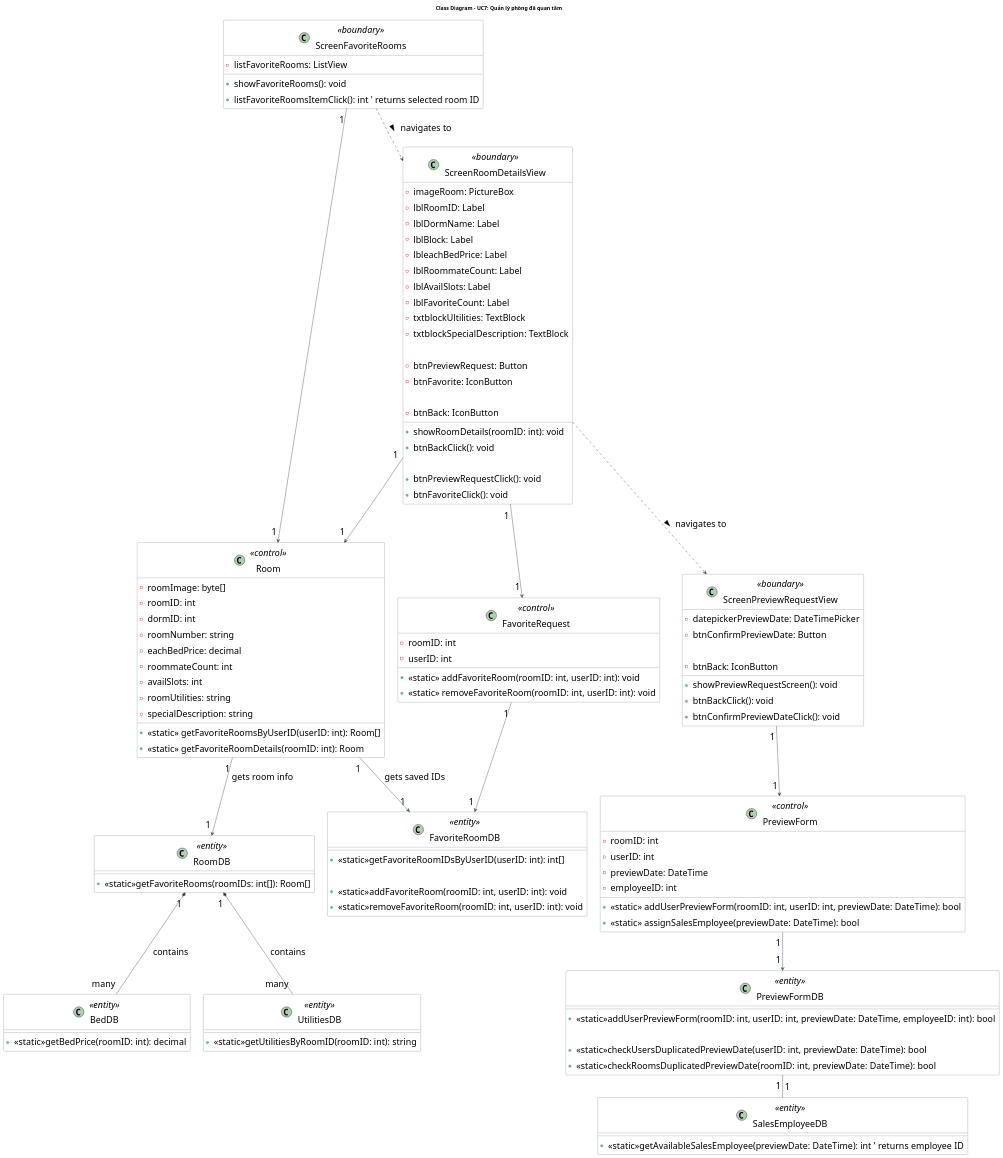
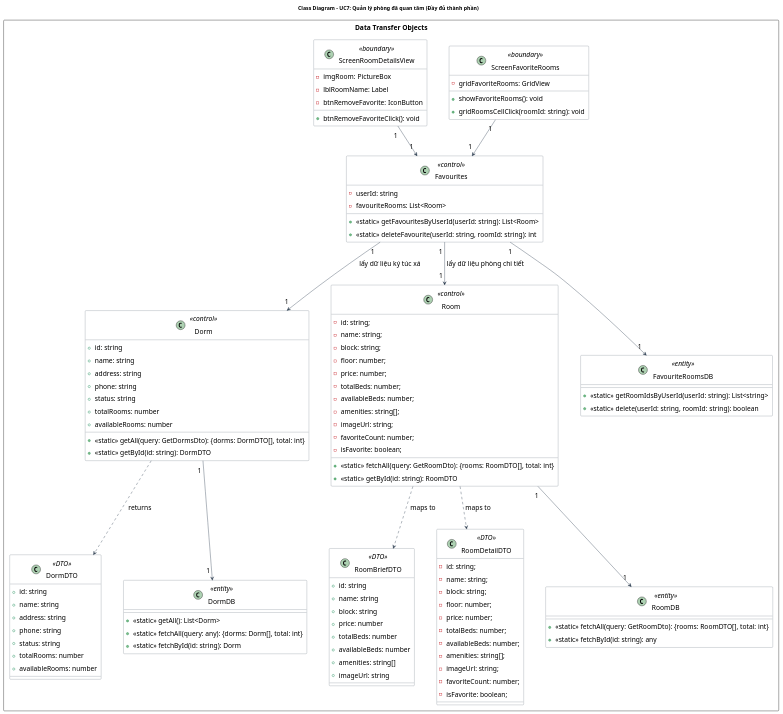
The diagram in doc/system/quan_ly_phong_da_quan_tam/QuanLyPhongDaQuanTam_ClassDiagram.wsd (Gnourt812005/HCMUS-Analyze-and-desgin-IS), drawn with PlantUML before and after one commit. The commit also changed 7 other files, not shown here.

Commit message:
duong/sys-uc: update diagrams

```diff
--- a/doc/system/quan_ly_phong_da_quan_tam/QuanLyPhongDaQuanTam_ClassDiagram.wsd
+++ b/doc/system/quan_ly_phong_da_quan_tam/QuanLyPhongDaQuanTam_ClassDiagram.wsd
@@ -1,148 +1,153 @@
-@startuml QuanLyPhongDaQuanTam_ClassDiagram
-title Class Diagram - UC7: Quản lý phòng đã quan tâm
+@startuml QuanLyPhongDaQuanTam_BCE_Complete
+title Class Diagram - UC7: Quản lý phòng đã quan tâm (Đầy đủ thành phần)
 
 ' --- STYLE CONFIGURATION ---
 skinparam {
     ClassBackgroundColor White
     ClassBorderColor #2D3E50
     ArrowColor #2D3E50
     DefaultFontName "Arial"
-    DefaultFontSize 24
+    DefaultFontSize 18
     Padding 5
+    Nodesep 60
+    Ranksep 80
 }
 
-' --- BOUNDARY LAYER ---
-class "ScreenFavoriteRooms" as FavoriteManagementScreen <<boundary>> {
-    - listFavoriteRooms: ListView
+' ==========================================
+' 1. SHARED LAYER (DTOs)
+' ==========================================
+package "Data Transfer Objects" <<Rectangle>> {
+    class "DormDTO" as DormDTO <<DTO>> {
+        + id: string
+        + name: string
+        + address: string
+        + phone: string
+        + status: string
+        + totalRooms: number
+        + availableRooms: number
+    }
 
+    class "RoomBriefDTO" as RoomBriefDTO <<DTO>> {
+        + id: string
+        + name: string
+        + block: string
+        + price: number
+        + totalBeds: number
+        + availableBeds: number
+        + amenities: string[]
+        + imageUrl: string
+    }
+
+    class "RoomDetailDTO" as RoomDetailDTO <<DTO>> {
+        - id: string;
+        - name: string;
+        - block: string;
+        - floor: number;
+        - price: number;
+        - totalBeds: number;
+        - availableBeds: number;
+        - amenities: string[];
+        - imageUrl: string;
+        - favoriteCount: number;
+        - isFavorite: boolean;
+    }
+
+' ==========================================
+' 2. BOUNDARY LAYER (FRONTEND)
+' ==========================================
+class "ScreenFavoriteRooms" as ScreenFavoriteRooms <<boundary>> {
+    - gridFavoriteRooms: GridView
     + showFavoriteRooms(): void
-    + listFavoriteRoomsItemClick(): int ' returns selected room ID
+    + gridRoomsCellClick(roomId: string): void
 }
 
 class "ScreenRoomDetailsView" as ScreenRoomDetailsView <<boundary>> {
-    - imageRoom: PictureBox
-    - lblRoomID: Label
-    - lblDormName: Label
-    - lblBlock: Label
-    - lbleachBedPrice: Label
-    - lblRoommateCount: Label
-    - lblAvailSlots: Label
-    - lblFavoriteCount: Label
-    - txtblockUltilities: TextBlock
-    - txtblockSpecialDescription: TextBlock
-
-    - btnPreviewRequest: Button
-    - btnFavorite: IconButton
-
-    - btnBack: IconButton
-
-    + showRoomDetails(roomID: int): void
-    + btnBackClick(): void
-
-    + btnPreviewRequestClick(): void
-    + btnFavoriteClick(): void
+    - imgRoom: PictureBox
+    - lblRoomName: Label
+    - btnRemoveFavorite: IconButton
+    + btnRemoveFavoriteClick(): void
 }
 
-class "ScreenPreviewRequestView" as ScreenPreviewRequestView <<boundary>> {
-    - datepickerPreviewDate: DateTimePicker
-    - btnConfirmPreviewDate: Button
+' ==========================================
+' 3. CONTROL LAYER (BUSINESS)
+' ==========================================
+class "Favourites" as Favourites <<control>> {
+    - userId: string
+    - favouriteRooms: List<Room>
 
-    - btnBack: IconButton
-
-    + showPreviewRequestScreen(): void
-    + btnBackClick(): void
-    + btnConfirmPreviewDateClick(): void
+    + <<static>> getFavouritesByUserId(userId: string): List<Room>
+    + <<static>> deleteFavourite(userId: string, roomId: string): int
 }
 
-' --- BUSINESS LAYER ---
-class "Room" as Room <<control>> {
-    - roomImage: byte[]
-    - roomID: int
-    - dormID: int
-    - roomNumber: string
-    - eachBedPrice: decimal
-    - roommateCount: int
-    - availSlots: int
-    - roomUtilities: string
-    - specialDescription: string
-
-    + <<static>> getFavoriteRoomsByUserID(userID: int): Room[]
-    + <<static>> getFavoriteRoomDetails(roomID: int): Room
+class "Dorm" as Dorm <<control>> {
+    + id: string
+    + name: string
+    + address: string
+    + phone: string
+    + status: string
+    + totalRooms: number
+    + availableRooms: number
+    
+    + <<static>> getAll(query: GetDormsDto): {dorms: DormDTO[], total: int}
+    + <<static>> getById(id: string): DormDTO
 }
 
-class "FavoriteRequest" as FavoriteRequest <<control>> {
-    - roomID: int
-    - userID: int
-
-    + <<static>> addFavoriteRoom(roomID: int, userID: int): void
-    + <<static>> removeFavoriteRoom(roomID: int, userID: int): void
+class "Room" as Room <<control>> {
+    - id: string;
+    - name: string;
+    - block: string;
+    - floor: number;
+    - price: number;
+    - totalBeds: number;
+    - availableBeds: number;
+    - amenities: string[];
+    - imageUrl: string;
+    - favoriteCount: number;
+    - isFavorite: boolean;
+    
+    + <<static>> fetchAll(query: GetRoomDto): {rooms: RoomDTO[], total: int}
+    + <<static>> getById(id: string): RoomDTO
 }
 
-class "PreviewForm" as PreviewForm <<control>> {
-    - roomID: int
-    - userID: int
-    - previewDate: DateTime
-    - employeeID: int
-
-    + <<static>> addUserPreviewForm(roomID: int, userID: int, previewDate: DateTime): bool
-    + <<static>> assignSalesEmployee(previewDate: DateTime): bool
+' ==========================================
+' 4. ENTITY LAYER (DATABASE)
+' ==========================================
+class "DormDB" as DormDB <<entity>> {
+    + <<static>> getAll(): List<Dorm>
+    + <<static>> fetchAll(query: any): {dorms: Dorm[], total: int}
+    + <<static>> fetchById(id: string): Dorm
 }
 
-' --- DATABASE LAYER ---
 class "RoomDB" as RoomDB <<entity>> {
-    + <<static>>getFavoriteRooms(roomIDs: int[]): Room[]
+    + <<static>> fetchAll(query: GetRoomDto): {rooms: RoomDTO[], total: int}
+    + <<static>> fetchById(id: string): any
 }
 
-class "UtilitiesDB" as UtilitiesDB <<entity>> {
-    + <<static>>getUtilitiesByRoomID(roomID: int): string
+class "FavouriteRoomsDB" as FavouriteRoomsDB <<entity>> {
+    + <<static>> getRoomIdsByUserId(userId: string): List<string>
+    + <<static>> delete(userId: string, roomId: string): boolean
 }
 
-class "BedDB" as BedDB <<entity>> {
-    + <<static>>getBedPrice(roomID: int): decimal
-}
+' ==========================================
+' RELATIONSHIPS
+' ==========================================
 
-class "FavoriteRoomDB" as FavoriteDB <<entity>> {
-    + <<static>>getFavoriteRoomIDsByUserID(userID: int): int[]
+' Boundary to Control
+ScreenFavoriteRooms "1" --> "1" Favourites
+ScreenRoomDetailsView "1" --> "1" Favourites
 
-    + <<static>>addFavoriteRoom(roomID: int, userID: int): void
-    + <<static>>removeFavoriteRoom(roomID: int, userID: int): void
-}
+' Control to Control
+Favourites "1" --> "1" Room : "lấy dữ liệu phòng chi tiết"
+Favourites "1" --> "1" Dorm : "lấy dữ liệu ký túc xá"
 
-class "PreviewFormDB" as PreviewDB <<entity>> {
-    + <<static>>addUserPreviewForm(roomID: int, userID: int, previewDate: DateTime, employeeID: int): bool
+' Control to Entity
+Favourites "1" --> "1" FavouriteRoomsDB
+Room "1" --> "1" RoomDB
+Dorm "1" --> "1" DormDB
 
-    + <<static>>checkUsersDuplicatedPreviewDate(userID: int, previewDate: DateTime): bool
-    + <<static>>checkRoomsDuplicatedPreviewDate(roomID: int, previewDate: DateTime): bool
-}
-
-class "SalesEmployeeDB" as SalesEmployeeDB <<entity>> {
-    + <<static>>getAvailableSalesEmployee(previewDate: DateTime): int ' returns employee ID
-}
-
-' --- RELATIONSHIPS ---
-
-' 1. Screen flows (Navigation)
-FavoriteManagementScreen ..> ScreenRoomDetailsView : "navigates to >"
-ScreenRoomDetailsView ..> ScreenPreviewRequestView : "navigates to >"
-
-' 2. Boundary to Business connections
-FavoriteManagementScreen "1" --> "1" Room
-
-ScreenRoomDetailsView "1" --> "1" Room
-ScreenRoomDetailsView "1" --> "1" FavoriteRequest
-
-ScreenPreviewRequestView "1" --> "1" PreviewForm
-
-' 3. Business to Database connections
-Room "1" --> "1" FavoriteDB : "gets saved IDs"
-Room "1" --> "1" RoomDB : "gets room info"
-
-FavoriteRequest "1" --> "1" FavoriteDB
-PreviewForm "1" --> "1" PreviewDB
-
-' 4. Entity / Database dependencies
-RoomDB "1" *-- "many" UtilitiesDB : contains
-RoomDB "1" *-- "many" BedDB : contains
-PreviewDB "1" -- "1" SalesEmployeeDB
+' DTO mapping
+Dorm ..> DormDTO : "returns"
+Room ..> RoomBriefDTO : "maps to"
+Room ..> RoomDetailDTO : "maps to"
 
 @enduml
```
